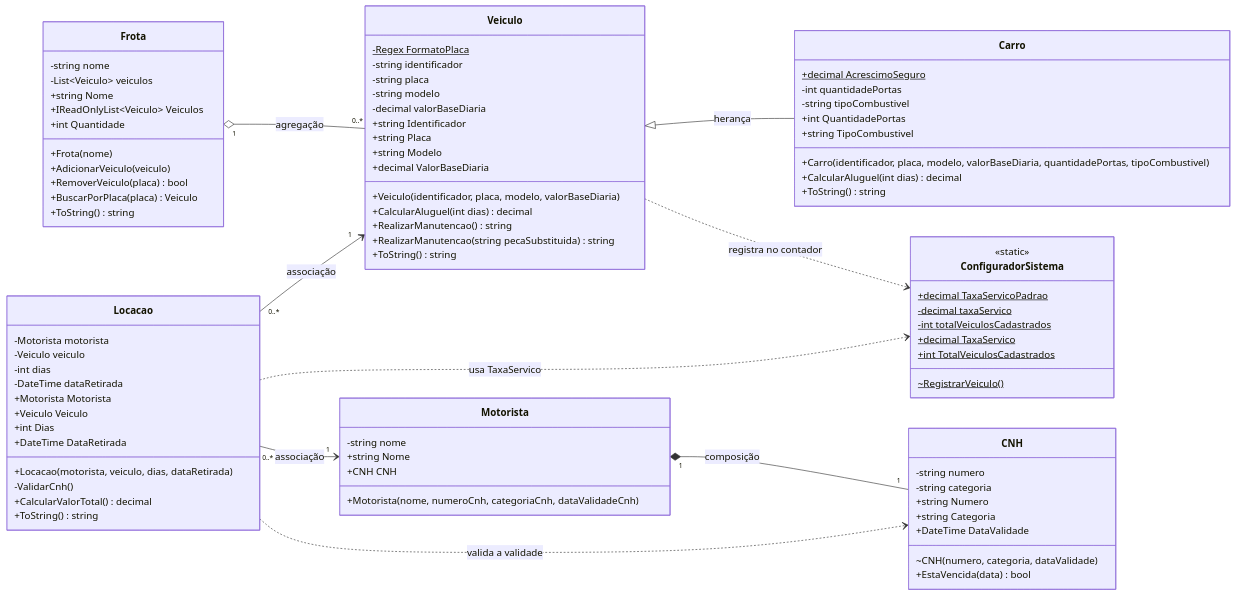
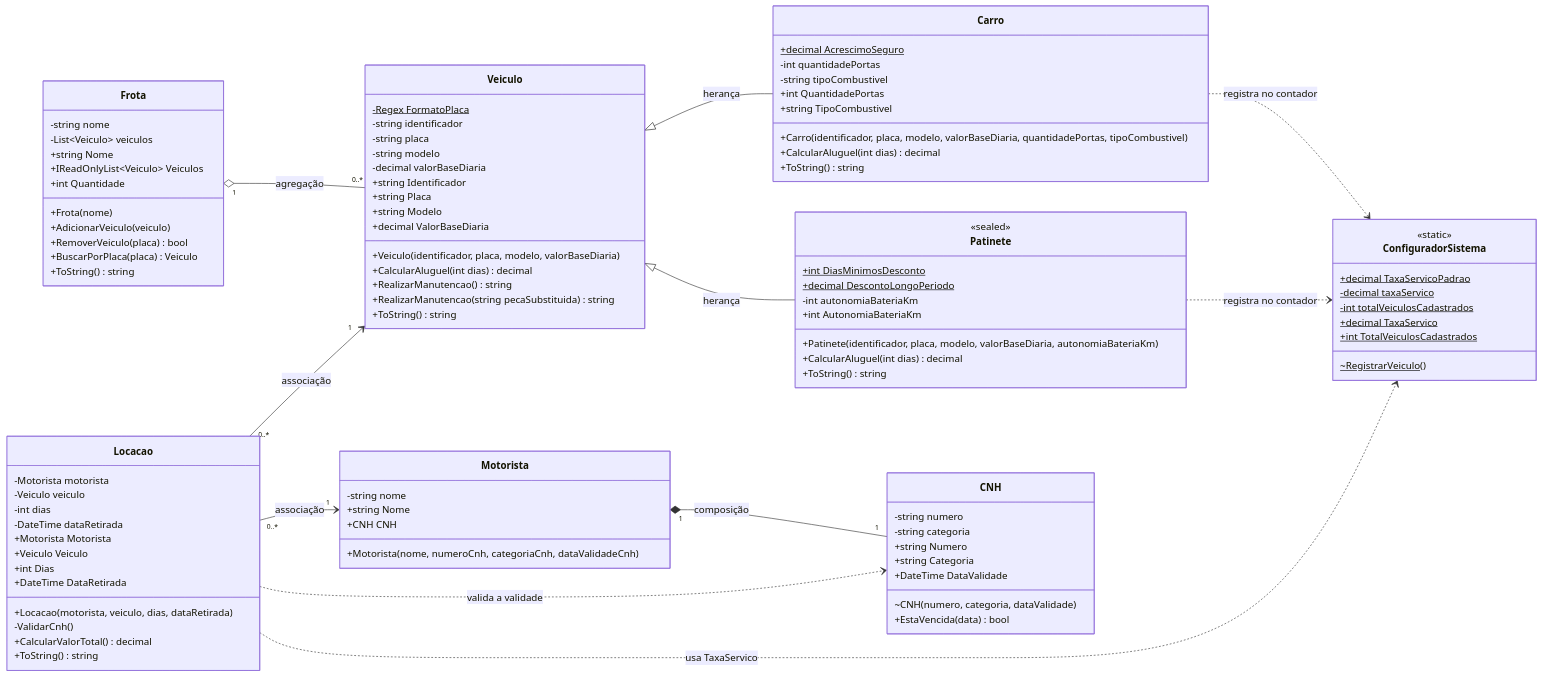
One commit to Gabriel-Srs/UrbanDrive changed the diagram in UrbanDrive.ConsoleApp/docs/diagramas/diagrama-classes.md. Above: the diagram before and after it, drawn with Mermaid. The commit also changed other lines of this file and 2 other files, not shown here.

Commit message:
docs: registra resultado final e retrospectiva da Sprint 3
- Diagrama com Patinete sealed e contador nas subclasses
- Backlog com PBI-06 a PBI-08 concluidos
- sprint-3.md: resultado final, evidencias e retrospectiva

````diff
--- a/UrbanDrive.ConsoleApp/docs/diagramas/diagrama-classes.md
+++ b/UrbanDrive.ConsoleApp/docs/diagramas/diagrama-classes.md
@@ -32,6 +32,17 @@
         +Carro(identificador, placa, modelo, valorBaseDiaria, quantidadePortas, tipoCombustivel)
         +int QuantidadePortas
         +string TipoCombustivel
+        +CalcularAluguel(int dias) decimal
+        +ToString() string
+    }
+
+    class Patinete {
+        <<sealed>>
+        +int DiasMinimosDesconto$
+        +decimal DescontoLongoPeriodo$
+        -int autonomiaBateriaKm
+        +Patinete(identificador, placa, modelo, valorBaseDiaria, autonomiaBateriaKm)
+        +int AutonomiaBateriaKm
         +CalcularAluguel(int dias) decimal
         +ToString() string
     }
@@ -92,11 +103,13 @@
     }
 
     Veiculo <|-- Carro : herança
+    Veiculo <|-- Patinete : herança
     Frota "1" o-- "0..*" Veiculo : agregação
     Motorista "1" *-- "1" CNH : composição
     Locacao "0..*" --> "1" Motorista : associação
     Locacao "0..*" --> "1" Veiculo : associação
-    Veiculo ..> ConfiguradorSistema : registra no contador
+    Carro ..> ConfiguradorSistema : registra no contador
+    Patinete ..> ConfiguradorSistema : registra no contador
     Locacao ..> ConfiguradorSistema : usa TaxaServico
     Locacao ..> CNH : valida a validade
 ```
````
